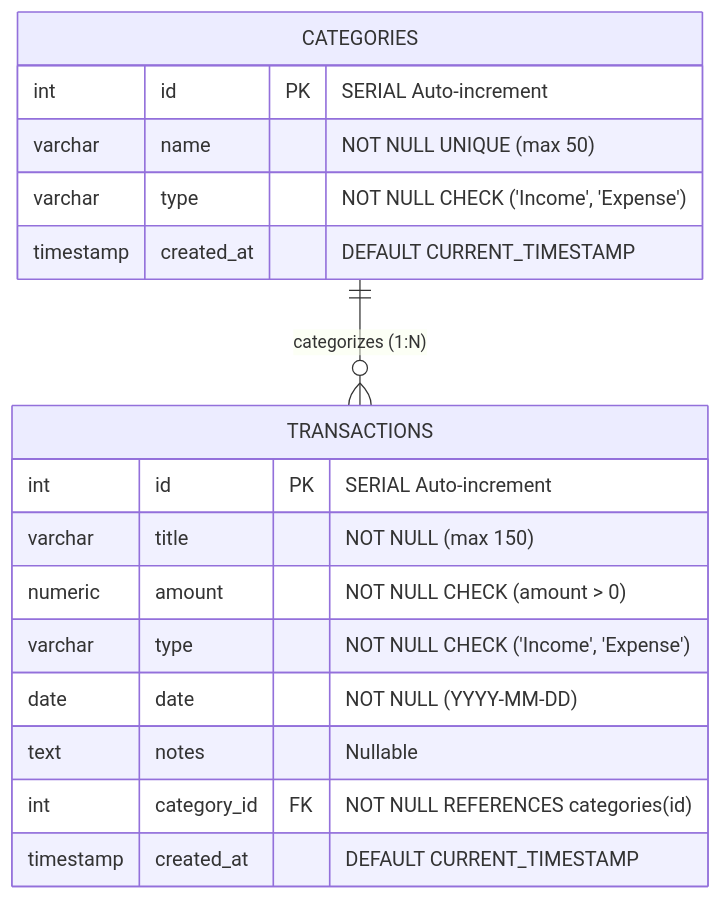
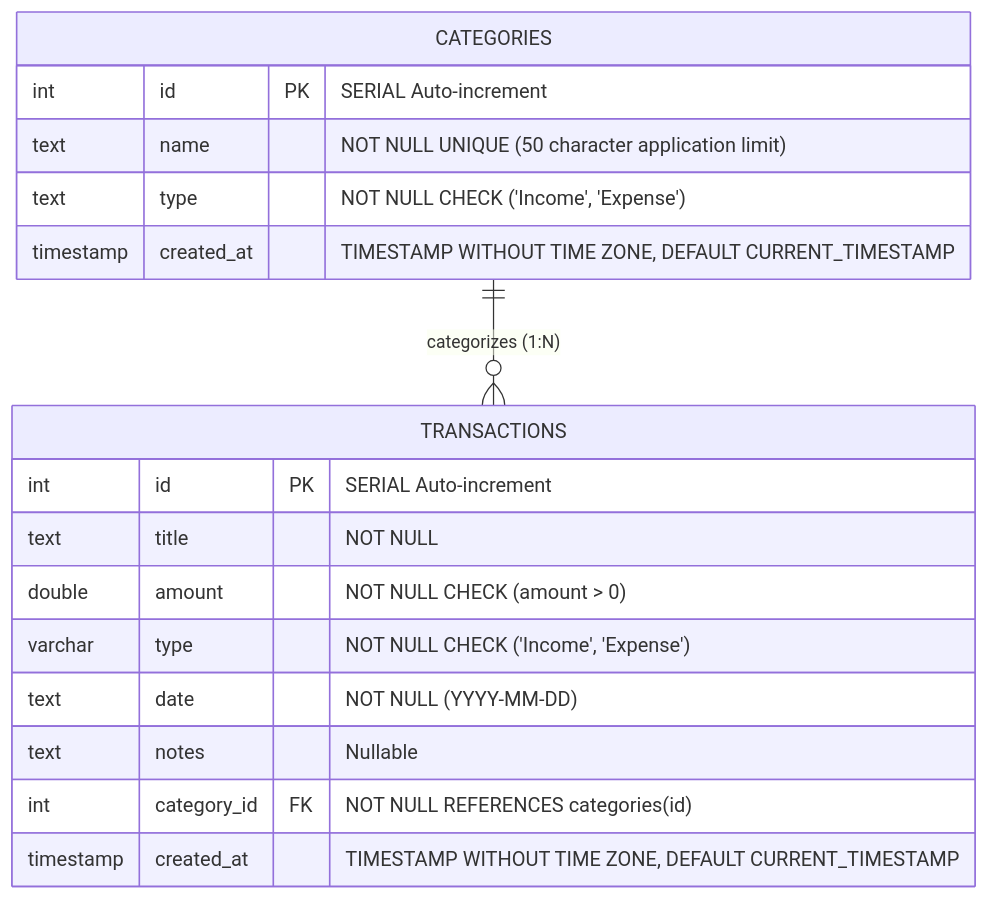
The second of 2 diagrams in README.md (shreysaxena956/SpendWise), drawn with Mermaid before and after one commit. The commit also changed other lines of this file and 21 other files, not shown here.

````diff
--- a/README.md
+++ b/README.md
@@ -304,22 +304,22 @@
 ```mermaid
 erDiagram
     CATEGORIES {
         int id PK "SERIAL Auto-increment"
-        varchar name "NOT NULL UNIQUE (max 50)"
-        varchar type "NOT NULL CHECK ('Income', 'Expense')"
-        timestamp created_at "DEFAULT CURRENT_TIMESTAMP"
+        text name "NOT NULL UNIQUE (50 character application limit)"
+        text type "NOT NULL CHECK ('Income', 'Expense')"
+        timestamp created_at "TIMESTAMP WITHOUT TIME ZONE, DEFAULT CURRENT_TIMESTAMP"
     }
 
     TRANSACTIONS {
         int id PK "SERIAL Auto-increment"
-        varchar title "NOT NULL (max 150)"
-        numeric amount "NOT NULL CHECK (amount > 0)"
+        text title "NOT NULL"
+        double amount "NOT NULL CHECK (amount > 0)"
         varchar type "NOT NULL CHECK ('Income', 'Expense')"
-        date date "NOT NULL (YYYY-MM-DD)"
+        text date "NOT NULL (YYYY-MM-DD)"
         text notes "Nullable"
         int category_id FK "NOT NULL REFERENCES categories(id)"
-        timestamp created_at "DEFAULT CURRENT_TIMESTAMP"
+        timestamp created_at "TIMESTAMP WITHOUT TIME ZONE, DEFAULT CURRENT_TIMESTAMP"
     }
 
     CATEGORIES ||--o{ TRANSACTIONS : "categorizes (1:N)"
 ```
````
